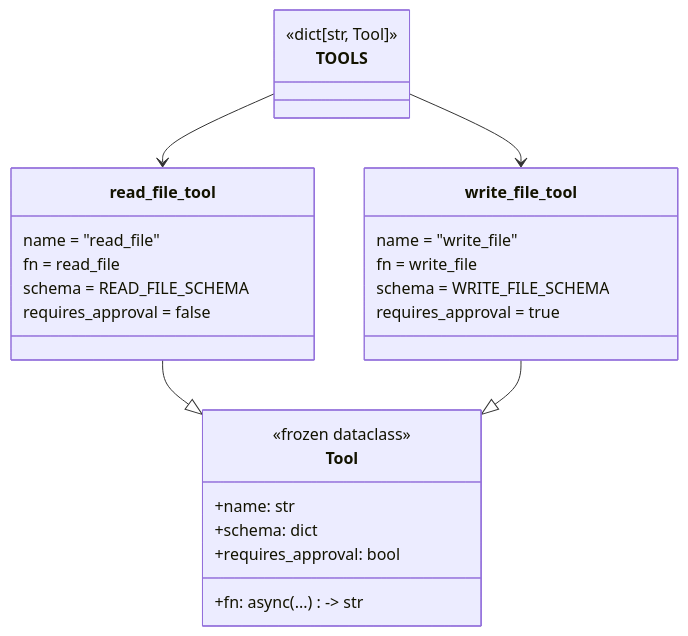
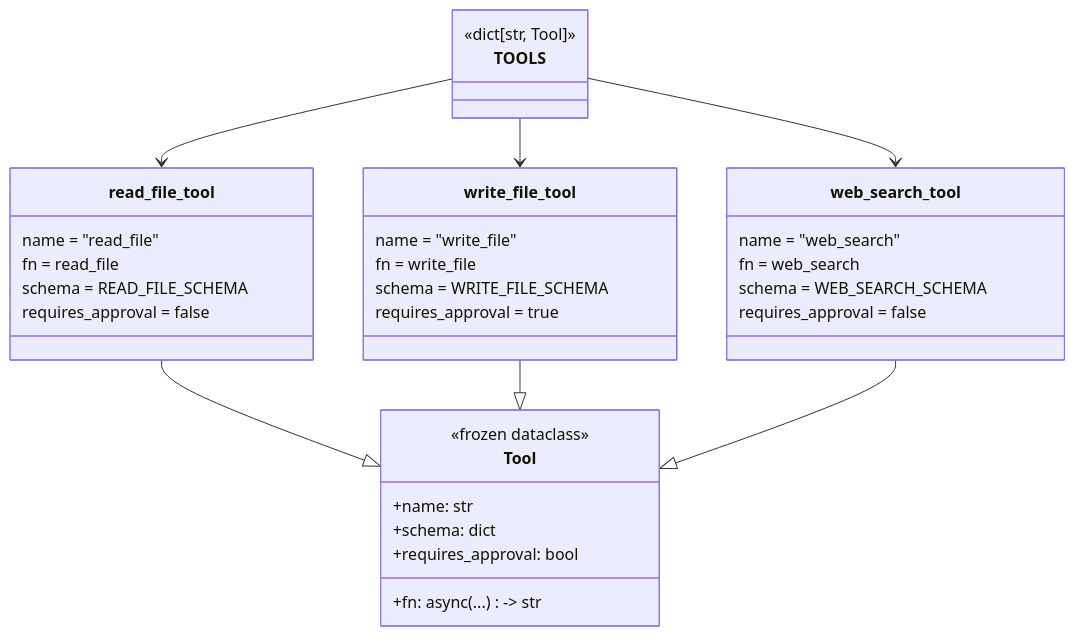
Before and after one commit to fhdbbk/personal-agent: the eighth of 13 diagrams in docs/design/LLD.md, drawn with Mermaid. The commit also changed other lines of this file and 11 other files, not shown here.

First line of the commit message:
Add web_search tool (ddgs backend) + async-journey learnings

````diff
--- a/docs/design/LLD.md
+++ b/docs/design/LLD.md
@@ -432,32 +435,40 @@
 ```mermaid
 classDiagram
     class Tool {
         <<frozen dataclass>>
         +name: str
         +fn: async (...) -> str
         +schema: dict
         +requires_approval: bool
     }
 
     class TOOLS {
         <<dict[str, Tool]>>
     }
 
     class read_file_tool {
         name = "read_file"
         fn = read_file
         schema = READ_FILE_SCHEMA
         requires_approval = false
     }
     class write_file_tool {
         name = "write_file"
         fn = write_file
         schema = WRITE_FILE_SCHEMA
         requires_approval = true
     }
+    class web_search_tool {
+        name = "web_search"
+        fn = web_search
+        schema = WEB_SEARCH_SCHEMA
+        requires_approval = false
+    }
 
     TOOLS --> read_file_tool
     TOOLS --> write_file_tool
+    TOOLS --> web_search_tool
     read_file_tool --|> Tool
     write_file_tool --|> Tool
+    web_search_tool --|> Tool
 ```
````
